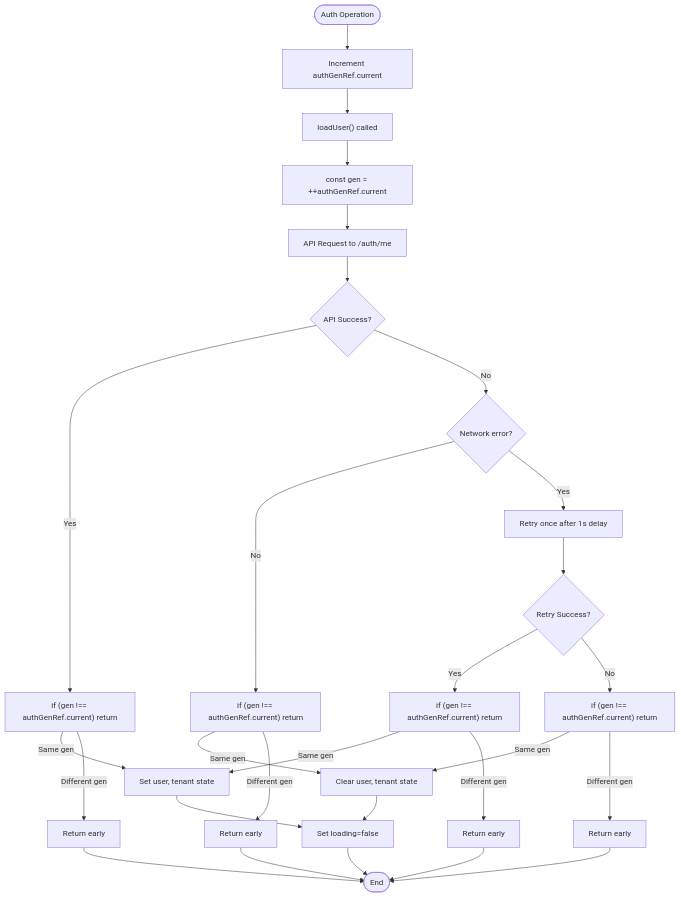
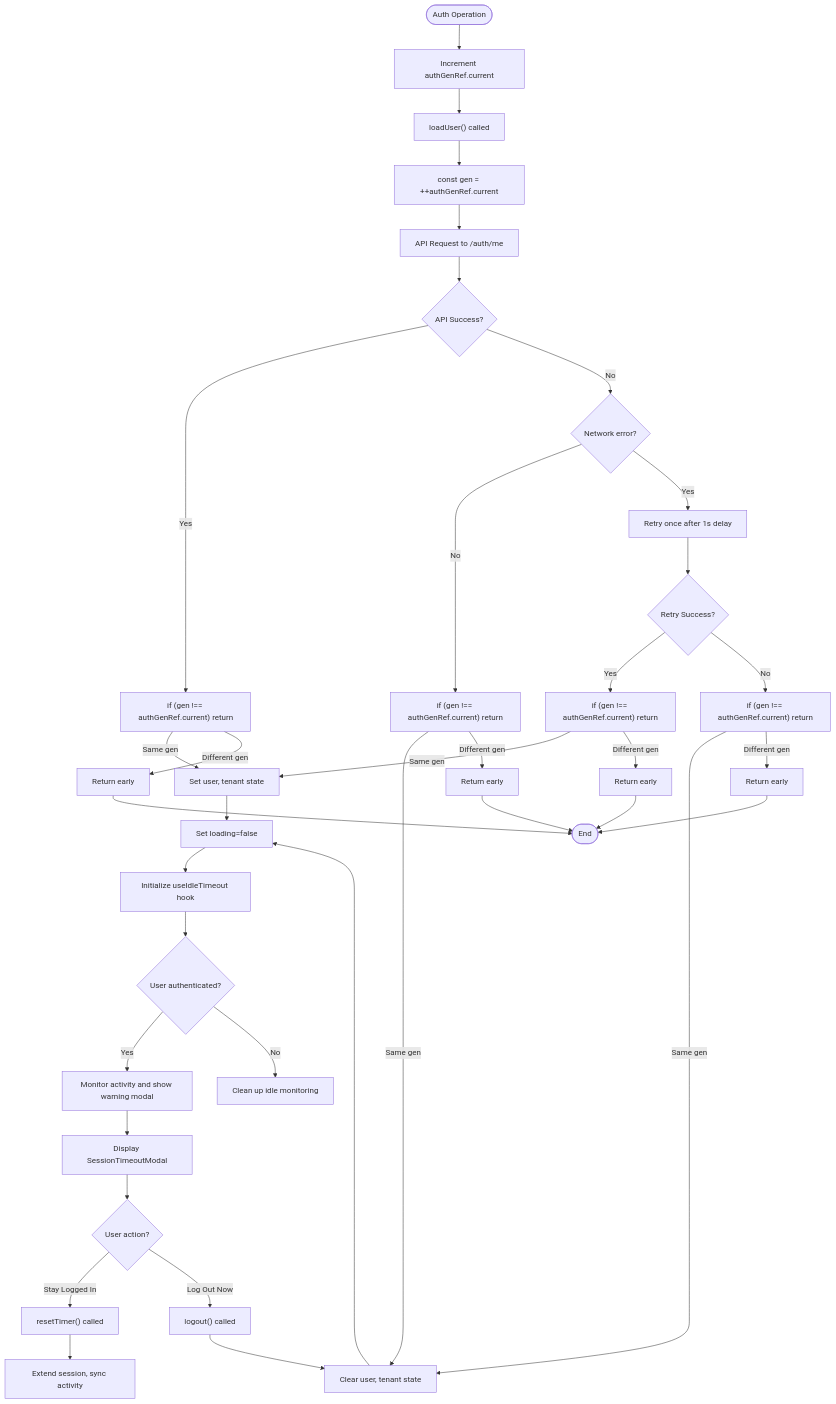
Before and after one commit to Revanththetalogics/aireume: the fifth of 17 diagrams in .qoder/repowiki/en/content/Authentication & Authorization/Frontend Authentication Context.md, drawn with Mermaid. The commit also changed other lines of this file and 5 other files, not shown here.

````diff
--- a/.qoder/repowiki/en/content/Authentication & Authorization/Frontend Authentication Context.md
+++ b/.qoder/repowiki/en/content/Authentication & Authorization/Frontend Authentication Context.md
@@ -285,30 +328,39 @@
 ```mermaid
 flowchart TD
 Start(["Auth Operation"]) --> IncGen["Increment authGenRef.current"]
 IncGen --> LoadUser["loadUser() called"]
 LoadUser --> GenCheck["const gen = ++authGenRef.current"]
 GenCheck --> APIReq["API Request to /auth/me"]
 APIReq --> APISuccess{"API Success?"}
 APISuccess --> |Yes| GenCompare["if (gen !== authGenRef.current) return"]
 GenCompare --> |Same gen| SetState["Set user, tenant state"]
 GenCompare --> |Different gen| Return["Return early"]
 APISuccess --> |No| CheckError{"Network error?"}
 CheckError --> |No| GenCompare2["if (gen !== authGenRef.current) return"]
 GenCompare2 --> |Same gen| ClearState["Clear user, tenant state"]
 GenCompare2 --> |Different gen| Return2["Return early"]
 CheckError --> |Yes| RetryOnce["Retry once after 1s delay"]
 RetryOnce --> RetrySuccess{"Retry Success?"}
 RetrySuccess --> |Yes| GenCompare3["if (gen !== authGenRef.current) return"]
 GenCompare3 --> |Same gen| SetState
 GenCompare3 --> |Different gen| Return3["Return early"]
 RetrySuccess --> |No| GenCompare4["if (gen !== authGenRef.current) return"]
 GenCompare4 --> |Same gen| ClearState
 GenCompare4 --> |Different gen| Return4["Return early"]
 SetState --> LoadingFalse["Set loading=false"]
 ClearState --> LoadingFalse
 Return --> End(["End"])
 Return2 --> End
 Return3 --> End
 Return4 --> End
-LoadingFalse --> End
+LoadingFalse --> IdleInit["Initialize useIdleTimeout hook"]
+IdleInit --> IdleSuccess{"User authenticated?"}
+IdleSuccess --> |Yes| IdleMonitor["Monitor activity and show warning modal"]
+IdleSuccess --> |No| IdleCleanup["Clean up idle monitoring"]
+IdleMonitor --> ModalDisplay["Display SessionTimeoutModal"]
+ModalDisplay --> UserAction{"User action?"}
+UserAction --> |Stay Logged In| ResetTimer["resetTimer() called"]
+ResetTimer --> ExtendSession["Extend session, sync activity"]
+UserAction --> |Log Out Now| Logout["logout() called"]
+Logout --> ClearState
 ```
````
